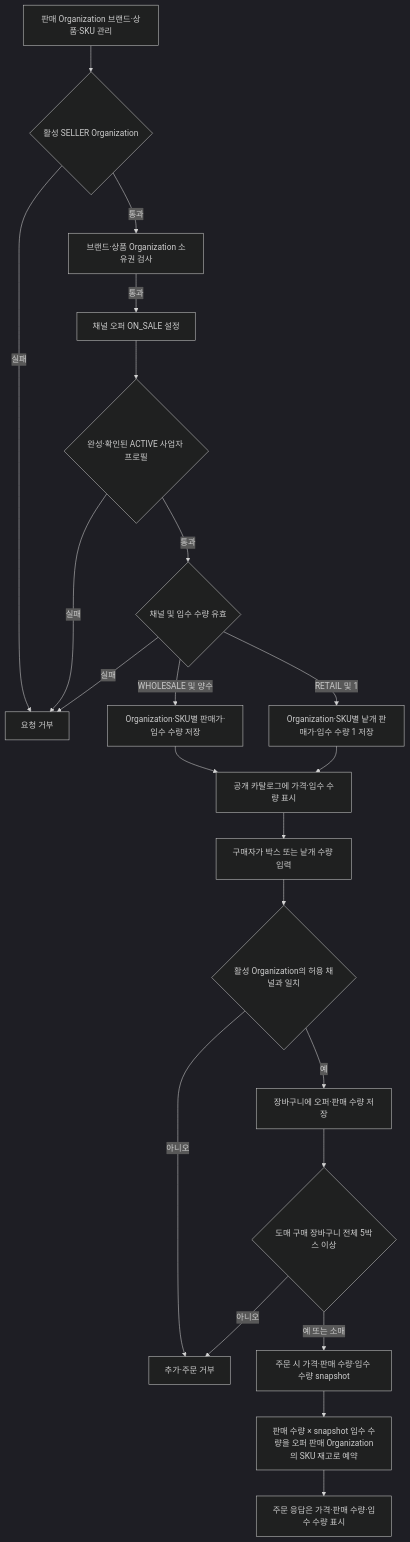
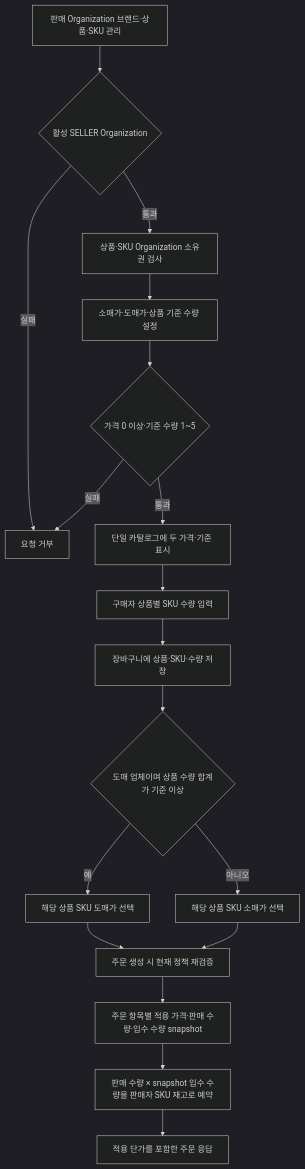
One commit to DongHyeonEom/umji-market-api changed the second of 2 diagrams in docs/services/catalog.md. Above: the diagram before and after it, drawn with Mermaid (dark theme). The commit also changed other lines of this file and 6 other files, not shown here.

````diff
--- a/docs/services/catalog.md
+++ b/docs/services/catalog.md
@@ -100,24 +91,20 @@
 ```mermaid
 flowchart TD
     SELLER[판매 Organization 브랜드·상품·SKU 관리] --> CAPABILITY{활성 SELLER Organization}
     CAPABILITY -- 실패 --> REJECT[요청 거부]
-    CAPABILITY -- 통과 --> OWNER[브랜드·상품 Organization 소유권 검사]
-    OWNER -- 통과 --> OFFER[채널 오퍼 ON_SALE 설정]
-    OFFER --> PROFILE{완성·확인된 ACTIVE 사업자 프로필}
-    PROFILE -- 실패 --> REJECT
-    PROFILE -- 통과 --> VALIDATE{채널 및 입수 수량 유효}
+    CAPABILITY -- 통과 --> OWNER[상품·SKU Organization 소유권 검사]
+    OWNER --> CONFIG[소매가·도매가·상품 기준 수량 설정]
+    CONFIG --> VALIDATE{가격 0 이상·기준 수량 1~5}
     VALIDATE -- 실패 --> REJECT
-    VALIDATE -- WHOLESALE 및 양수 --> SAVEBOX[Organization·SKU별 판매가·입수 수량 저장]
-    VALIDATE -- RETAIL 및 1 --> SAVEUNIT[Organization·SKU별 낱개 판매가·입수 수량 1 저장]
-    SAVEBOX --> CATALOG[공개 카탈로그에 가격·입수 수량 표시]
-    SAVEUNIT --> CATALOG
-    CATALOG --> BUYER[구매자가 박스 또는 낱개 수량 입력]
-    BUYER --> POLICY{활성 Organization의 허용 채널과 일치}
-    POLICY -- 아니오 --> REJECTBUY[추가·주문 거부]
-    POLICY -- 예 --> CART[장바구니에 오퍼·판매 수량 저장]
-    CART --> CHECKOUT{도매 구매 장바구니 전체 5박스 이상}
-    CHECKOUT -- 아니오 --> REJECTBUY
-    CHECKOUT -- 예 또는 소매 --> SNAP[주문 시 가격·판매 수량·입수 수량 snapshot]
-    SNAP --> RESERVE[판매 수량 × snapshot 입수 수량을 오퍼 판매 Organization의 SKU 재고로 예약]
-    RESERVE --> ORDER[주문 응답은 가격·판매 수량·입수 수량 표시]
+    VALIDATE -- 통과 --> CATALOG[단일 카탈로그에 두 가격·기준 표시]
+    CATALOG --> BUYER[구매자 상품별 SKU 수량 입력]
+    BUYER --> CART[장바구니에 상품·SKU·수량 저장]
+    CART --> WHOLESALE{도매 업체이며 상품 수량 합계가 기준 이상}
+    WHOLESALE -- 예 --> WHOLESALEPRICE[해당 상품 SKU 도매가 선택]
+    WHOLESALE -- 아니오 --> RETAILPRICE[해당 상품 SKU 소매가 선택]
+    WHOLESALEPRICE --> CHECKOUT[주문 생성 시 현재 정책 재검증]
+    RETAILPRICE --> CHECKOUT
+    CHECKOUT --> SNAP[주문 항목별 적용 가격·판매 수량·입수 수량 snapshot]
+    SNAP --> RESERVE[판매 수량 × snapshot 입수 수량을 판매자 SKU 재고로 예약]
+    RESERVE --> ORDER[적용 단가를 포함한 주문 응답]
 ```
````
